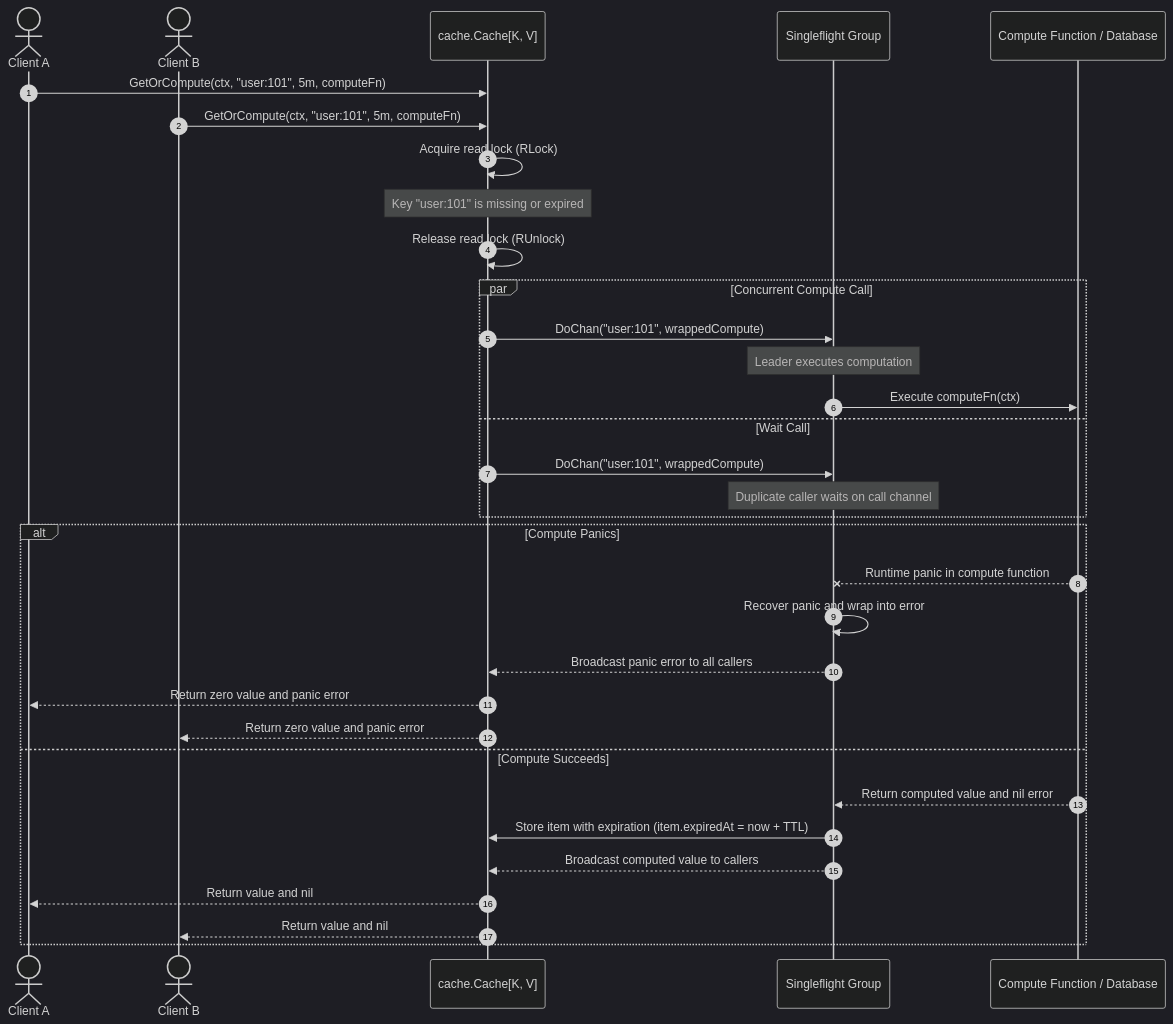
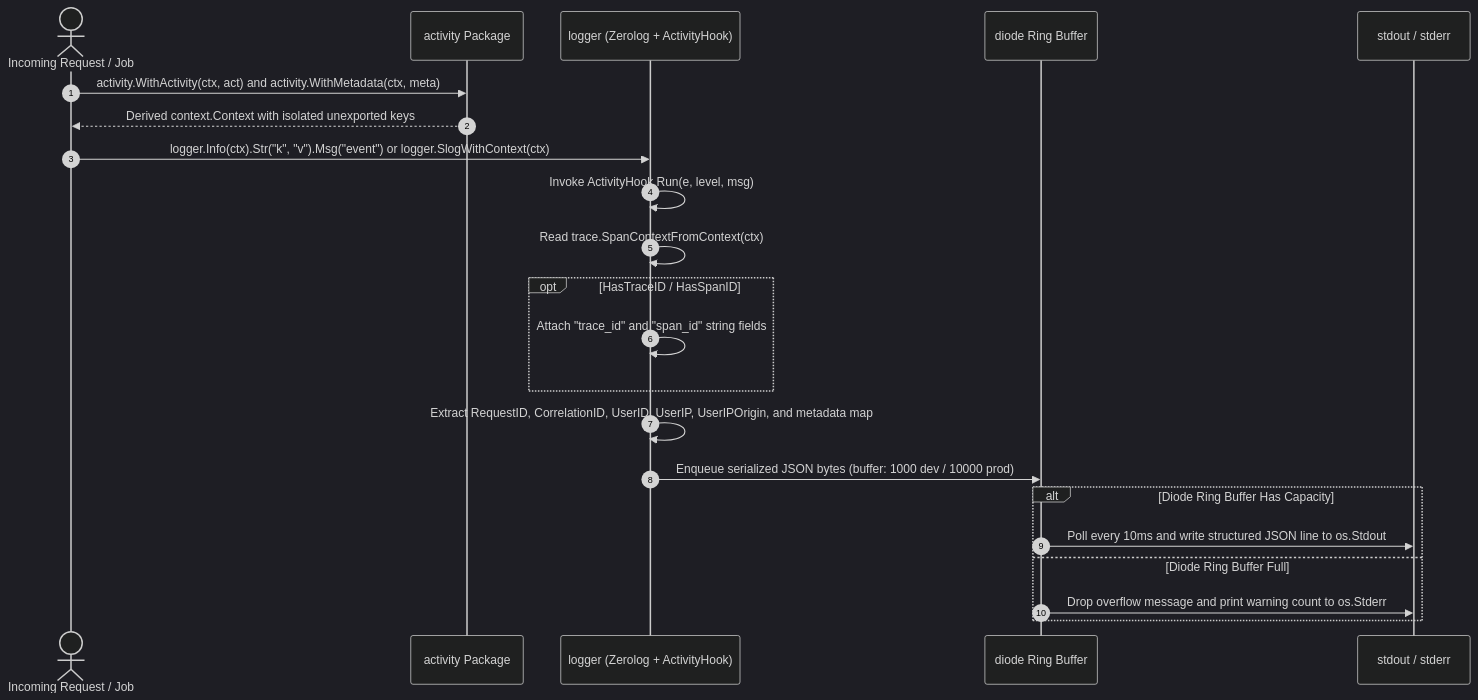
The fifth of 10 diagrams in README.md (Jkenyut/nvx-go-helper), drawn with Mermaid (dark theme) before and after one commit. The commit also changed other lines of this file, not shown here.

Commit message:
docs: update technical documentation and package architecture in README

````diff
--- a/README.md
+++ b/README.md
@@ -165,39 +290,27 @@
 ```mermaid
 sequenceDiagram
     autonumber
-    actor ClientA as Client A
-    actor ClientB as Client B
-    participant Cache as cache.Cache[K, V]
-    participant SF as Singleflight Group
-    participant DB as Compute Function / Database
+    actor Req as Incoming Request / Job
+    participant Act as activity Package
+    participant Log as logger (Zerolog + ActivityHook)
+    participant Diode as diode Ring Buffer
+    participant Out as stdout / stderr
 
-    ClientA->>Cache: GetOrCompute(ctx, "user:101", 5m, computeFn)
-    ClientB->>Cache: GetOrCompute(ctx, "user:101", 5m, computeFn)
+    Req->>Act: activity.WithActivity(ctx, act) and activity.WithMetadata(ctx, meta)
+    Act-->>Req: Derived context.Context with isolated unexported keys
 
-    Cache->>Cache: Acquire read lock (RLock)
-    Note over Cache: Key "user:101" is missing or expired
-    Cache->>Cache: Release read lock (RUnlock)
+    Req->>Log: logger.Info(ctx).Str("k", "v").Msg("event") or logger.SlogWithContext(ctx)
+    Log->>Log: Invoke ActivityHook.Run(e, level, msg)
+    Log->>Log: Read trace.SpanContextFromContext(ctx)
+    opt HasTraceID / HasSpanID
+        Log->>Log: Attach "trace_id" and "span_id" string fields
+    end
+    Log->>Log: Extract RequestID, CorrelationID, UserID, UserIP, UserIPOrigin, and metadata map
+    Log->>Diode: Enqueue serialized JSON bytes (buffer: 1000 dev / 10000 prod)
 
-    par Concurrent Compute Call
-        Cache->>SF: DoChan("user:101", wrappedCompute)
-        Note over SF: Leader executes computation
-        SF->>DB: Execute computeFn(ctx)
-    and Wait Call
-        Cache->>SF: DoChan("user:101", wrappedCompute)
-        Note over SF: Duplicate caller waits on call channel
-    end
-
-    alt Compute Panics
-        DB--xSF: Runtime panic in compute function
-        SF->>SF: Recover panic and wrap into error
-        SF-->>Cache: Broadcast panic error to all callers
-        Cache-->>ClientA: Return zero value and panic error
-        Cache-->>ClientB: Return zero value and panic error
-    else Compute Succeeds
-        DB-->>SF: Return computed value and nil error
-        SF->>Cache: Store item with expiration (item.expiredAt = now + TTL)
-        SF-->>Cache: Broadcast computed value to callers
-        Cache-->>ClientA: Return value and nil
-        Cache-->>ClientB: Return value and nil
+    alt Diode Ring Buffer Has Capacity
+        Diode->>Out: Poll every 10ms and write structured JSON line to os.Stdout
+    else Diode Ring Buffer Full
+        Diode->>Out: Drop overflow message and print warning count to os.Stderr
     end
 ```
````
